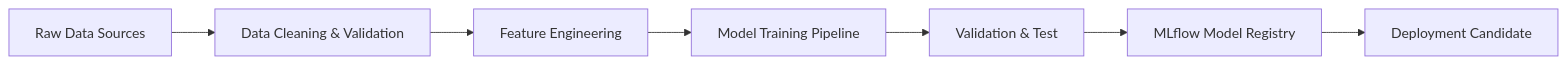
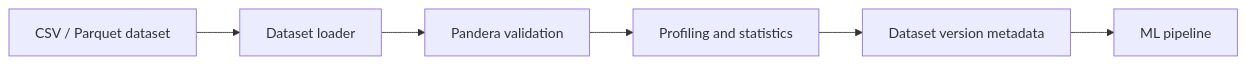
The fourth of 6 diagrams in architecture.md (therabbitears/iitr-ai-smart-factory-command-center), drawn with Mermaid before and after one commit. The commit also changed other lines of this file and 3 other files, not shown here.

Commit message:
Diagrams and all

````diff
--- a/architecture.md
+++ b/architecture.md
@@ -121,9 +129,8 @@
 ```mermaid
 flowchart LR
-  Raw["Raw Data Sources"] --> Clean["Data Cleaning & Validation"]
-  Clean --> Features["Feature Engineering"]
-  Features --> Train["Model Training Pipeline"]
-  Train --> Validate["Validation & Test"]
-  Validate --> Registry["MLflow Model Registry"]
-  Registry --> Deploy["Deployment Candidate"]
+  Source["CSV / Parquet dataset"] --> Loader["Dataset loader"]
+  Loader --> Validation["Pandera validation"]
+  Validation --> Profile["Profiling and statistics"]
+  Profile --> Version["Dataset version metadata"]
+  Version --> Pipeline["ML pipeline"]
 ```
````
